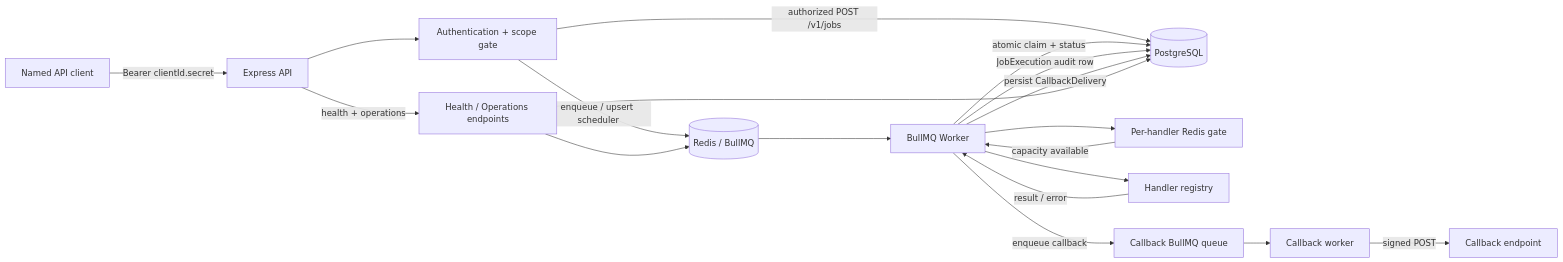
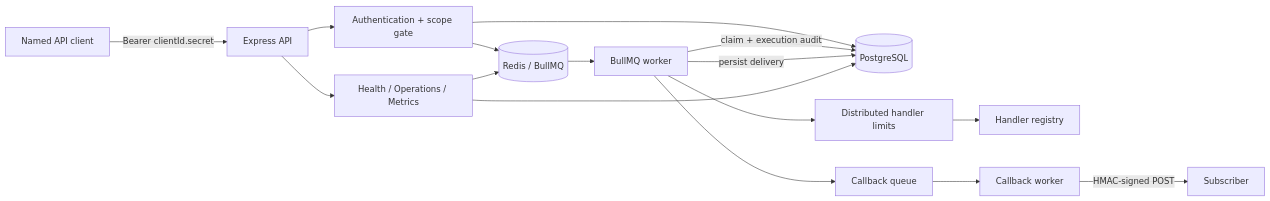
Before and after one commit to AdemolaAdedoyin/taskflow: the diagram in README.md, drawn with Mermaid. The commit also changed other lines of this file, not shown here.

Commit message:
docs: make API documentation the portfolio entry point

````diff
--- a/README.md
+++ b/README.md
@@ -26,21 +29,21 @@
 ```mermaid
 flowchart LR
     Client[Named API client] -->|Bearer clientId.secret| API[Express API]
     API --> Auth[Authentication + scope gate]
-    Auth -->|authorized POST /v1/jobs| PG[(PostgreSQL)]
-    Auth -->|enqueue / upsert scheduler| Redis[(Redis / BullMQ)]
-    Redis --> Worker[BullMQ Worker]
-    Worker --> Gate[Per-handler Redis gate]
-    Gate -->|capacity available| Worker
-    Worker -->|atomic claim + status| PG
-    Worker --> Handler[Handler registry]
-    Handler -->|result / error| Worker
-    Worker -->|JobExecution audit row| PG
-    Worker -->|persist CallbackDelivery| PG
-    Worker -->|enqueue callback| CallbackQueue[Callback BullMQ queue]
-    CallbackQueue --> CallbackWorker[Callback worker]
-    CallbackWorker -->|signed POST| Subscriber[Callback endpoint]
-    API -->|health + operations| Ops[Health / Operations endpoints]
+    Auth --> PG[(PostgreSQL)]
+    Auth --> Redis[(Redis / BullMQ)]
+
+    Redis --> Worker[BullMQ worker]
+    Worker --> Limits[Distributed handler limits]
+    Limits --> Handler[Handler registry]
+    Worker -->|claim + execution audit| PG
+
+    Worker -->|persist delivery| PG
+    Worker --> CallbackQ[Callback queue]
+    CallbackQ --> CallbackWorker[Callback worker]
+    CallbackWorker -->|HMAC-signed POST| Subscriber[Subscriber]
+
+    API --> Ops[Health / Operations / Metrics]
     Ops --> PG
     Ops --> Redis
 ```
````
